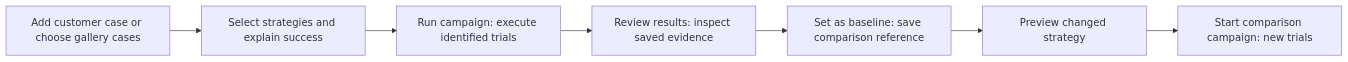
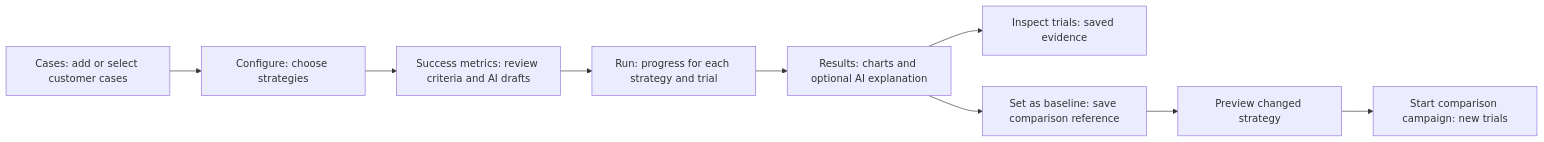
Before and after one commit to niksacdev/rove: the diagram in docs/ux/campaign-workspace-user-journey.md, drawn with Mermaid. The commit also changed other lines of this file and 26 other files, not shown here.

Commit message:
Add AI-assisted success metrics and visual campaign outcomes (#23)

````diff
--- a/docs/ux/campaign-workspace-user-journey.md
+++ b/docs/ux/campaign-workspace-user-journey.md
@@ -19,9 +19,11 @@
 ```mermaid
 flowchart LR
-    A[Add customer case or choose gallery cases] --> C[Select strategies and explain success]
-    C --> R[Run campaign: execute identified trials]
-    R --> V[Review results: inspect saved evidence]
+    A[Cases: add or select customer cases] --> C[Configure: choose strategies]
+    C --> M[Success metrics: review criteria and AI drafts]
+    M --> R[Run: progress for each strategy and trial]
+    R --> V[Results: charts and optional AI explanation]
+    V --> I[Inspect trials: saved evidence]
     V --> B[Set as baseline: save comparison reference]
     B --> P[Preview changed strategy]
     P --> X[Start comparison campaign: new trials]
 ```
````
